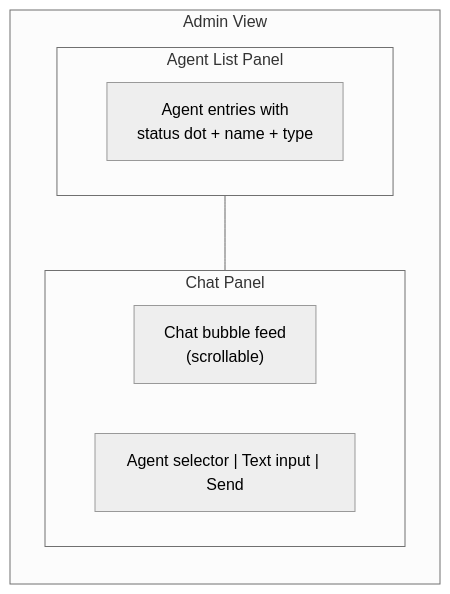
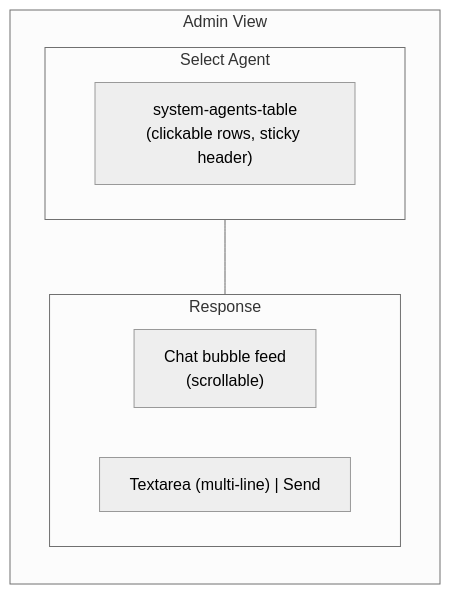
The fourth of 5 diagrams in docs/admin-command-center.md (s-hiraoku/synapse-a2a), drawn with Mermaid (neutral theme) before and after one commit. The commit also changed other lines of this file and 5 other files, not shown here.

````diff
--- a/docs/admin-command-center.md
+++ b/docs/admin-command-center.md
@@ -329,15 +335,15 @@
 ```mermaid
 flowchart TD
     subgraph AdminView["Admin View"]
         direction TB
-        subgraph LeftPanel["Agent List Panel"]
-            AgentList["Agent entries with<br/>status dot + name + type"]
+        subgraph TopSection["Select Agent"]
+            AgentTable["system-agents-table<br/>(clickable rows, sticky header)"]
         end
-        subgraph RightPanel["Chat Panel"]
+        subgraph BottomSection["Response"]
             ChatFeed["Chat bubble feed<br/>(scrollable)"]
-            InputBar["Agent selector | Text input | Send"]
+            InputBar["Textarea (multi-line) | Send"]
         end
     end
 
-    LeftPanel --- RightPanel
+    TopSection --- BottomSection
 ```
````
